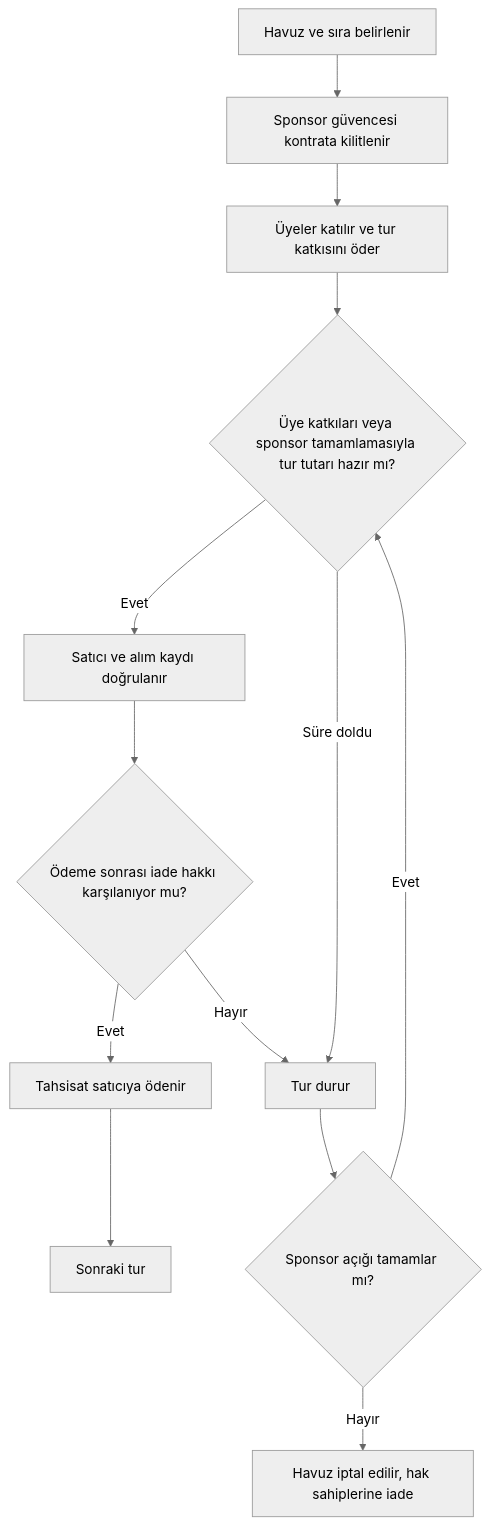
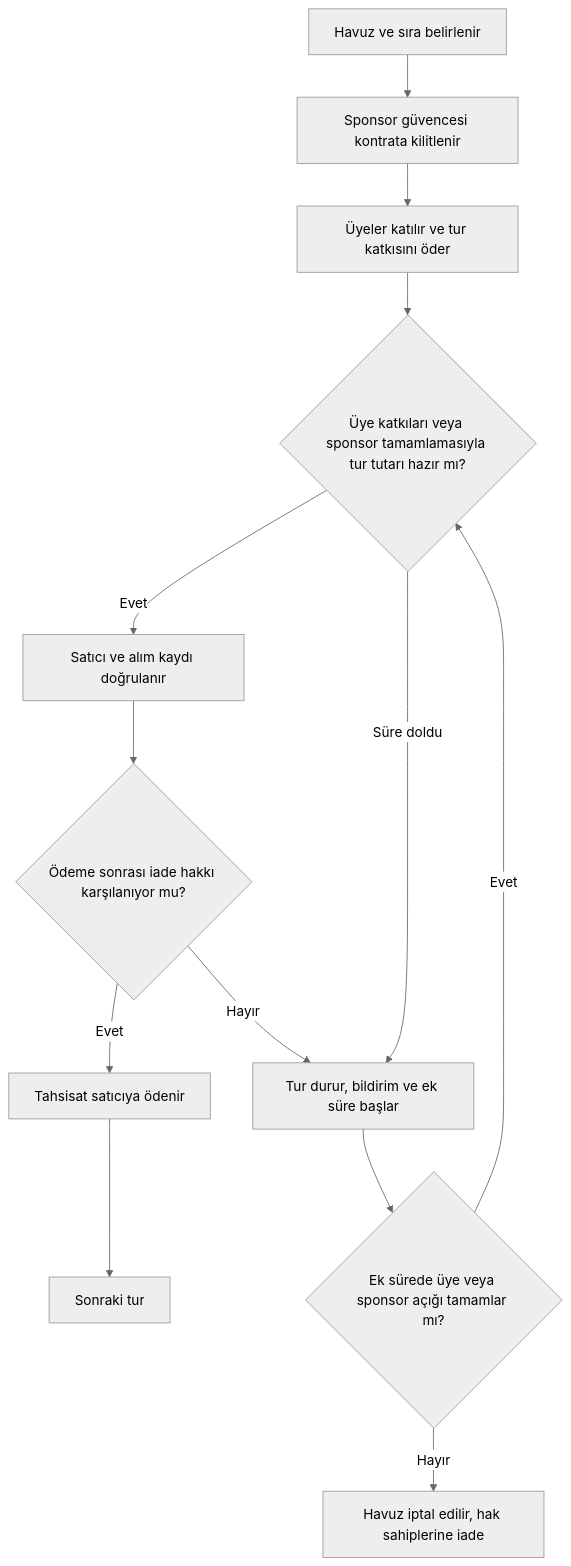
Before and after one commit to yusufarslan44/Stellerpool: the diagram in README.md, drawn with Mermaid (neutral theme). The commit also changed other lines of this file and 1 other file, not shown here.

Commit message:
Ödeme gecikmesi ve borç takibi akışını plana ekle

```diff
--- a/README.md
+++ b/README.md
@@ -28,15 +30,15 @@
 ~~~mermaid
 flowchart TD
   A[Havuz ve sıra belirlenir] --> B[Sponsor güvencesi kontrata kilitlenir]
   B --> C[Üyeler katılır ve tur katkısını öder]
   C --> D{Üye katkıları veya sponsor tamamlamasıyla tur tutarı hazır mı?}
   D -->|Evet| E[Satıcı ve alım kaydı doğrulanır]
   E --> F{Ödeme sonrası iade hakkı karşılanıyor mu?}
   F -->|Evet| G[Tahsisat satıcıya ödenir]
   G --> H[Sonraki tur]
-  D -->|Süre doldu| I[Tur durur]
+  D -->|Süre doldu| I[Tur durur, bildirim ve ek süre başlar]
   F -->|Hayır| I
-  I --> K{Sponsor açığı tamamlar mı?}
+  I --> K{Ek sürede üye veya sponsor açığı tamamlar mı?}
   K -->|Evet| D
   K -->|Hayır| J[Havuz iptal edilir, hak sahiplerine iade]
 ~~~
```
